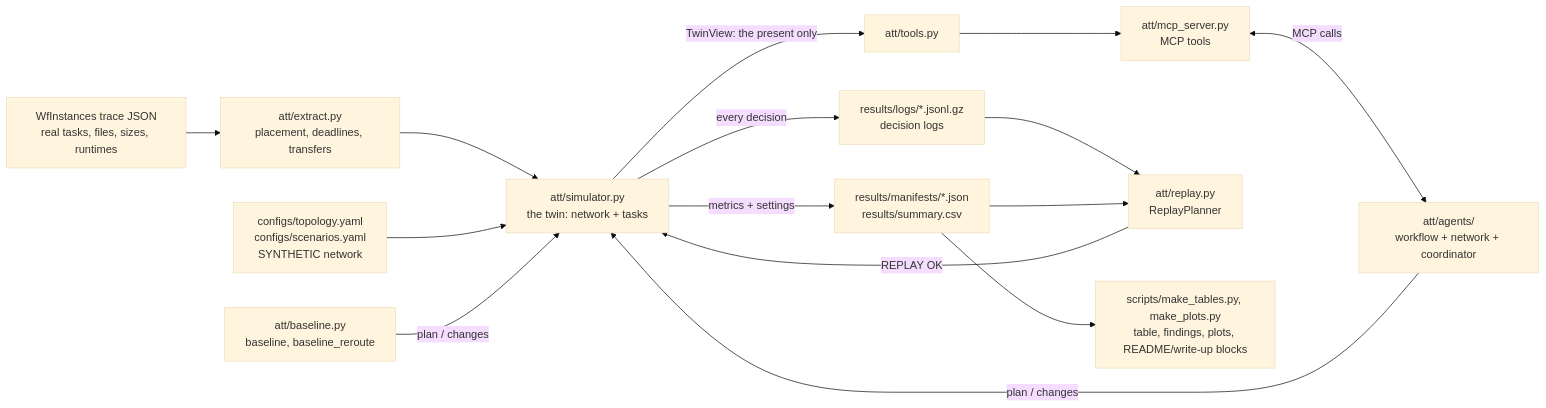
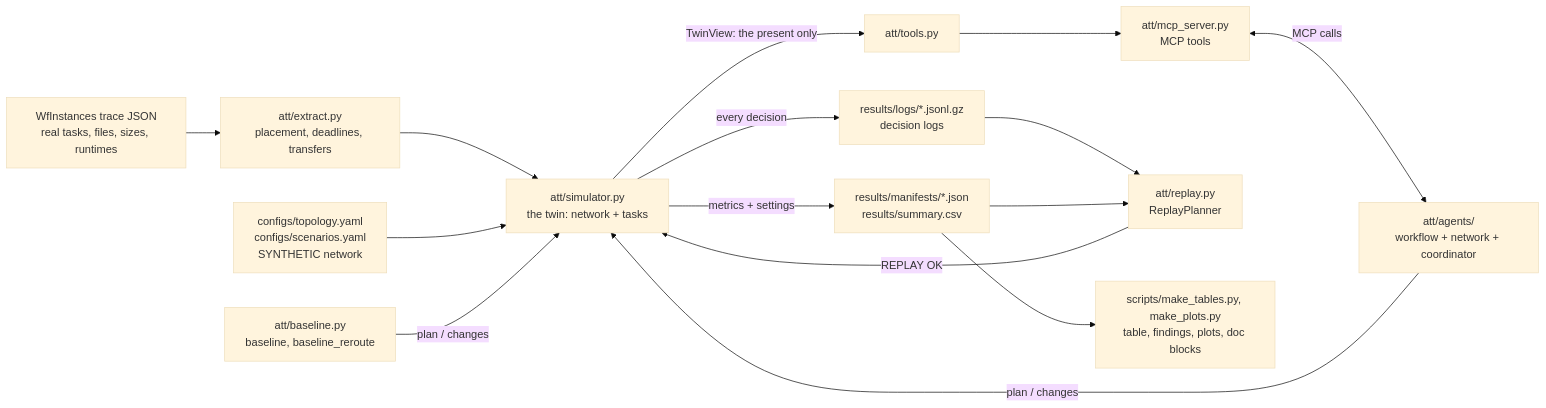
One commit to risshabs22-quantified/agentic-transfer-twin changed the diagram in docs/HOW_IT_WORKS.md. Above: the diagram before and after it, drawn with Mermaid (base theme). The commit also changed other lines of this file and 4 other files, not shown here.

````diff
--- a/docs/HOW_IT_WORKS.md
+++ b/docs/HOW_IT_WORKS.md
@@ -29,17 +67,17 @@
 ```mermaid
 flowchart LR
     A[WfInstances trace JSON<br/>real tasks, files, sizes, runtimes] --> B[att/extract.py<br/>placement, deadlines, transfers]
     B --> C[att/simulator.py<br/>the twin: network + tasks]
     N[configs/topology.yaml<br/>configs/scenarios.yaml<br/>SYNTHETIC network] --> C
     C -- "TwinView: the present only" --> T[att/tools.py]
     T --> S[att/mcp_server.py<br/>MCP tools]
     S <-- "MCP calls" --> AG[att/agents/<br/>workflow + network + coordinator]
     AG -- "plan / changes" --> C
     BL[att/baseline.py<br/>baseline, baseline_reroute] -- "plan / changes" --> C
     C -- "every decision" --> L[results/logs/*.jsonl.gz<br/>decision logs]
     C -- "metrics + settings" --> M[results/manifests/*.json<br/>results/summary.csv]
     L --> R[att/replay.py<br/>ReplayPlanner]
     M --> R
     R -- "REPLAY OK" --> C
-    M --> P[scripts/make_tables.py, make_plots.py<br/>table, findings, plots, README/write-up blocks]
+    M --> P[scripts/make_tables.py, make_plots.py<br/>table, findings, plots, doc blocks]
 ```
````
